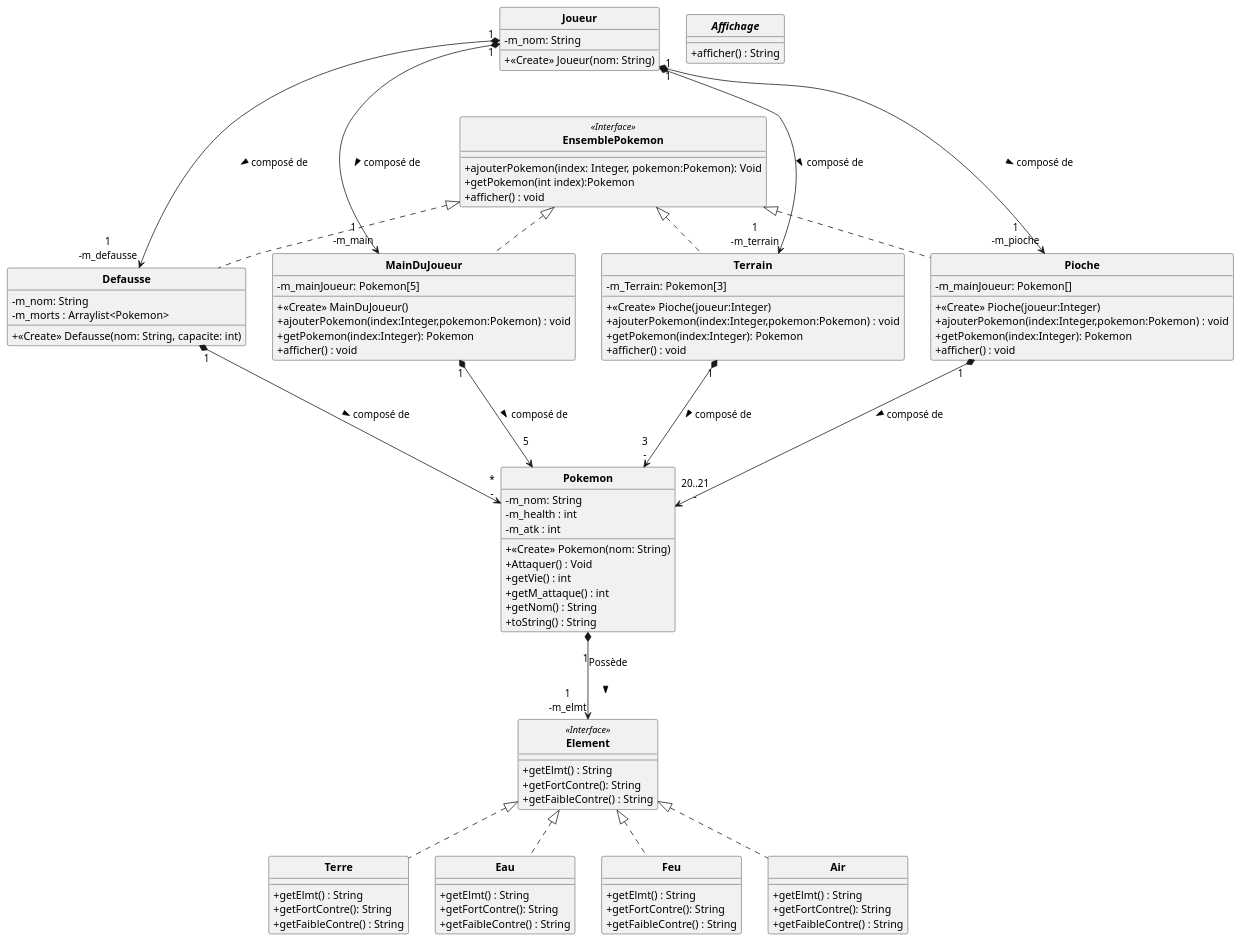
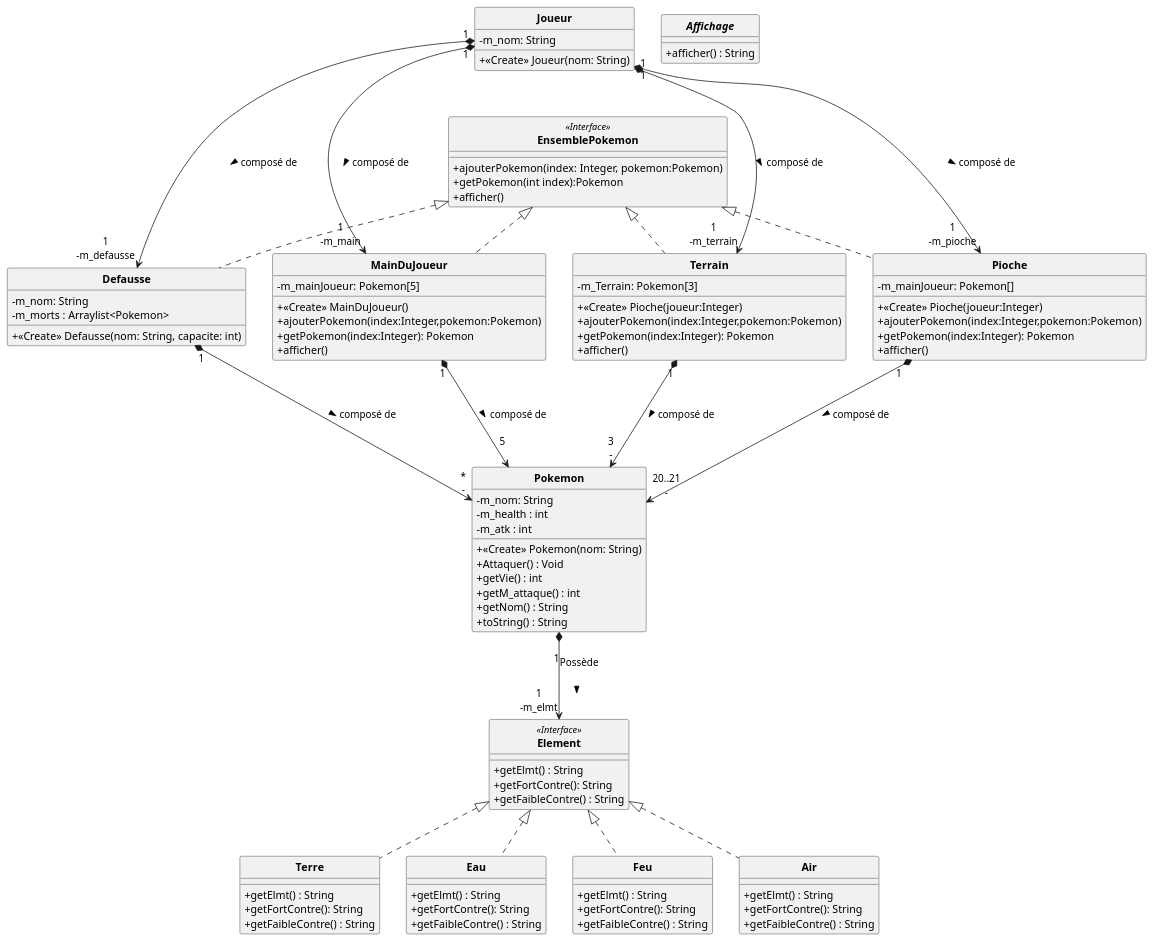
Before and after one commit to DLR-coding/POOkemon: the diagram in uml/semaine1.puml, drawn with PlantUML. The commit also changed 5 other files, not shown here.

```diff
--- a/uml/semaine1.puml
+++ b/uml/semaine1.puml
@@ -1,122 +1,123 @@
 @startuml
 'https://plantuml.com/class-diagram
 skinparam classAttributeIconSize 0
 skinparam classFontStyle Bold
 skinparam style strictuml
 
 class Joueur
 {
     - m_nom: String
     + <<Create>> Joueur(nom: String)
 }
 
 class EnsemblePokemon <<Interface>>
 {
-    + ajouterPokemon(index: Integer, pokemon:Pokemon): Void
+    + ajouterPokemon(index: Integer, pokemon:Pokemon)
     + getPokemon(int index):Pokemon
-    + afficher() : void
+    + afficher()
+
 }
 
 class Defausse implements EnsemblePokemon
 {
     - m_nom: String
     - m_morts : Arraylist<Pokemon>
     + <<Create>> Defausse(nom: String, capacite: int)
 }
 
 class MainDuJoueur implements EnsemblePokemon
 {
     - m_mainJoueur: Pokemon[5]
     + <<Create>> MainDuJoueur()
-    + ajouterPokemon(index:Integer,pokemon:Pokemon) : void
+    + ajouterPokemon(index:Integer,pokemon:Pokemon)
     + getPokemon(index:Integer): Pokemon
-    + afficher() : void
+    + afficher()
 }
 
 class Terrain implements EnsemblePokemon
 {
     - m_Terrain: Pokemon[3]
     + <<Create>> Pioche(joueur:Integer)
-    + ajouterPokemon(index:Integer,pokemon:Pokemon) : void
+    + ajouterPokemon(index:Integer,pokemon:Pokemon)
     + getPokemon(index:Integer): Pokemon
-    + afficher() : void
+    + afficher()
 }
 
 class Pioche implements EnsemblePokemon
 {
     - m_mainJoueur: Pokemon[]
     + <<Create>> Pioche(joueur:Integer)
-    + ajouterPokemon(index:Integer,pokemon:Pokemon) : void
+    + ajouterPokemon(index:Integer,pokemon:Pokemon)
     + getPokemon(index:Integer): Pokemon
-    + afficher() : void
+    + afficher()
 }
 
 
 class Pokemon
 {
     - m_nom: String
     - m_health : int
     - m_atk : int
     + <<Create>> Pokemon(nom: String)
     + Attaquer() : Void
     + getVie() : int
     + getM_attaque() : int
     + getNom() : String
     + toString() : String 
 }
 
 class Element <<Interface>>
 {
     + getElmt() : String
     + getFortContre(): String
     + getFaibleContre() : String
 }
 
 
 class Terre implements Element
 {
     + getElmt() : String
     + getFortContre(): String
     + getFaibleContre() : String
 }
 
 class Eau implements Element
 {
     + getElmt() : String
     + getFortContre(): String
     + getFaibleContre() : String
 }
 
 class Feu implements Element
 {
     + getElmt() : String
     + getFortContre(): String
     + getFaibleContre() : String
 }
 
 class Air implements Element
 {
     + getElmt() : String
     + getFortContre(): String
     + getFaibleContre() : String
 }
 
 abstract Affichage
 {
     + afficher() : String
 }
 
 Pioche "1" *---> "20..21\n-" Pokemon : composé de \t\t >
 MainDuJoueur "1" *---> "5\n" Pokemon : composé de \t\t >
 Terrain "1" *---> "3\n-" Pokemon : composé de \t\t >
 Defausse "1" *---> "*\n-" Pokemon : composé de \t\t >
 
 Pokemon "\n 1" *--> "1\n-m_elmt" Element : Possède\n\n >
 Joueur "1" *---> "1\n-m_terrain" Terrain : composé de \t\t >
 Joueur "1" *---> "1\n-m_pioche" Pioche : composé de \t\t >
 Joueur "1" *---> "1\n-m_main" MainDuJoueur : composé de \t\t >
 Joueur "1" *---> "1\n-m_defausse" Defausse : composé de \t\t >
 
 
 
 @enduml
```
